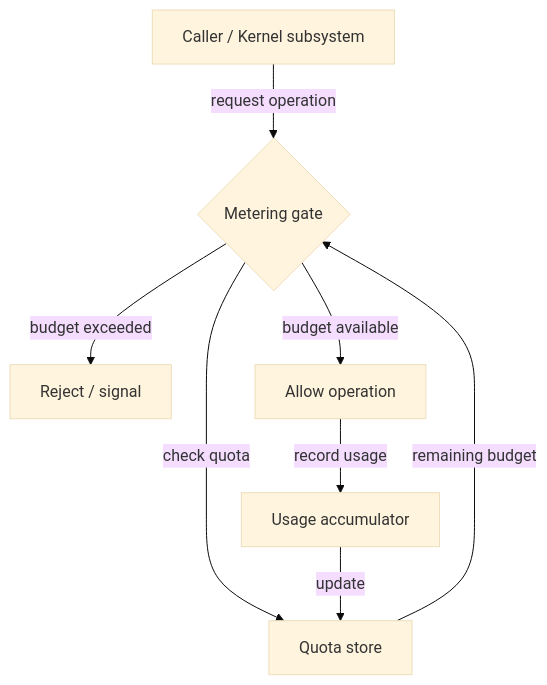
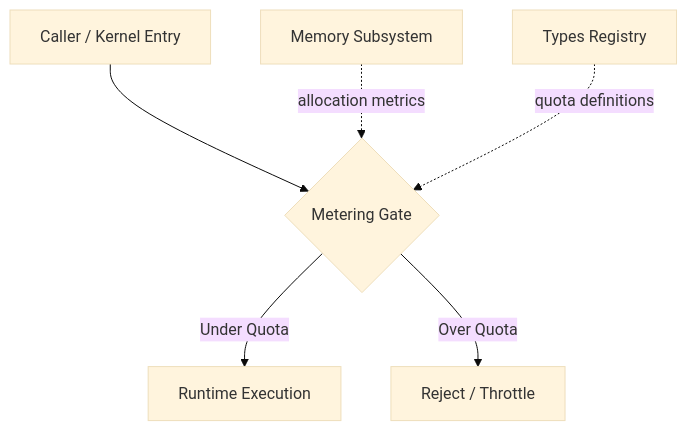
One commit to leszek3737/librefang-WIki changed the diagram in other-librefang-kernel-metering.md. Above: the diagram before and after it, drawn with Mermaid (base theme). The commit also changed other lines of this file and 100 other files, not shown here.

````diff
--- a/other-librefang-kernel-metering.md
+++ b/other-librefang-kernel-metering.md
@@ -33,10 +22,8 @@
 ```mermaid
 graph TD
-    A[Caller / Kernel subsystem] -->|request operation| B{Metering gate}
-    B -->|check quota| C[Quota store]
-    C -->|remaining budget| B
-    B -->|budget exceeded| D[Reject / signal]
-    B -->|budget available| E[Allow operation]
-    E -->|record usage| F[Usage accumulator]
-    F -->|update| C
+    A[Caller / Kernel Entry] --> B{Metering Gate}
+    B -->|Under Quota| C[Runtime Execution]
+    B -->|Over Quota| D[Reject / Throttle]
+    E[Memory Subsystem] -.->|allocation metrics| B
+    F[Types Registry] -.->|quota definitions| B
 ```
````
